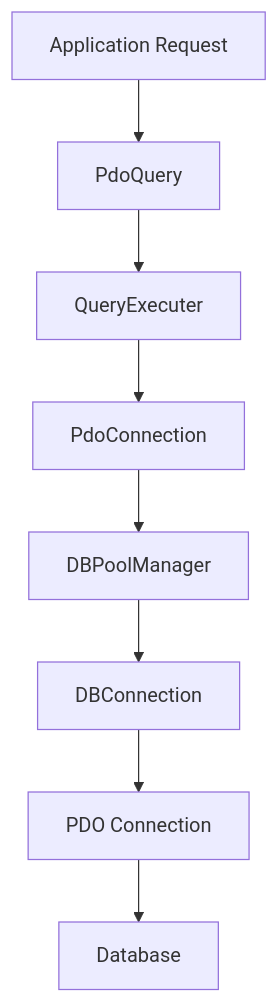
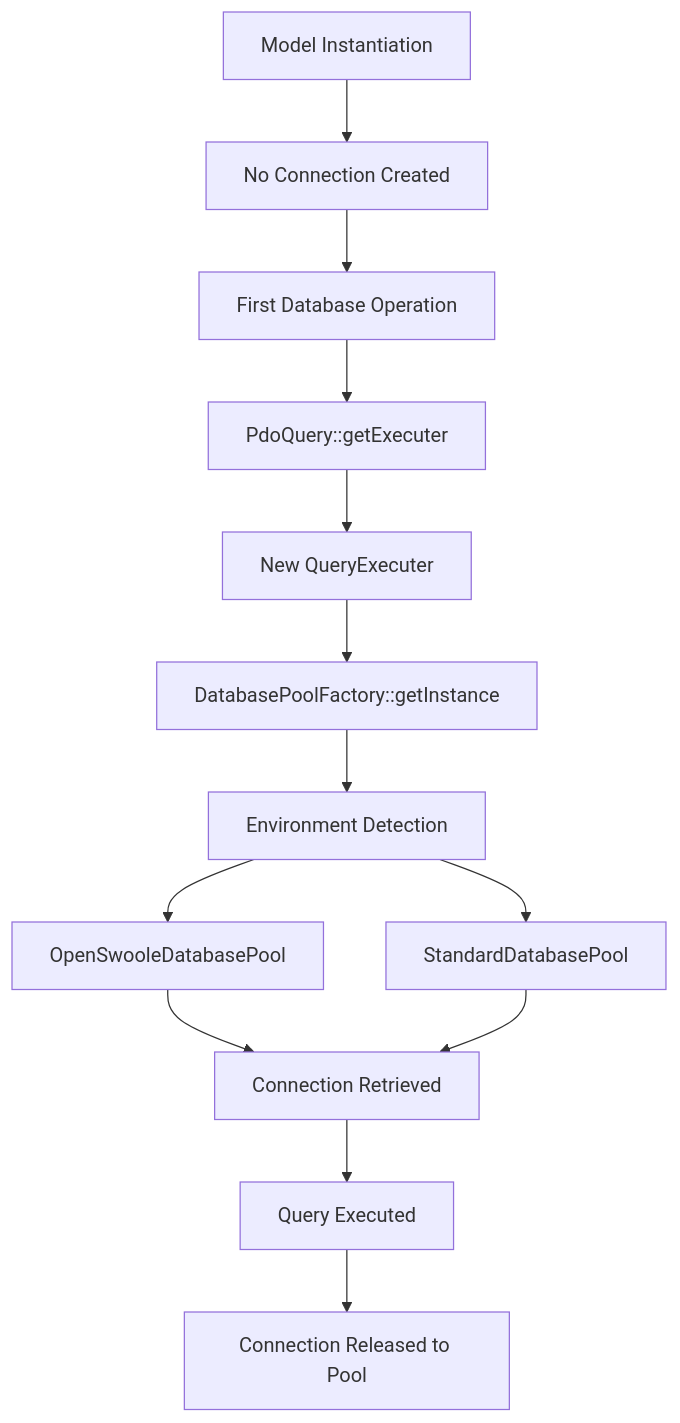
Before and after one commit to secure73/gemvc: the first of 3 diagrams in docs/core/database-architecture.md, drawn with Mermaid. The commit also changed other lines of this file and 2 other files, not shown here.

Commit message:
PdoQuery

````diff
--- a/docs/core/database-architecture.md
+++ b/docs/core/database-architecture.md
@@ -134,10 +270,15 @@
 ```mermaid
 graph TD
-    A[Application Request] --> B[PdoQuery]
-    B --> C[QueryExecuter]
-    C --> D[PdoConnection]
-    D --> E[DBPoolManager]
-    E --> F[DBConnection]
-    F --> G[PDO Connection]
-    G --> H[Database]
+    A[Model Instantiation] --> B[No Connection Created]
+    B --> C[First Database Operation]
+    C --> D[PdoQuery::getExecuter]
+    D --> E[New QueryExecuter]
+    E --> F[DatabasePoolFactory::getInstance]
+    F --> G[Environment Detection]
+    G --> H1[OpenSwooleDatabasePool]
+    G --> H2[StandardDatabasePool]
+    H1 --> I[Connection Retrieved]
+    H2 --> I
+    I --> J[Query Executed]
+    J --> K[Connection Released to Pool]
 ```
````
